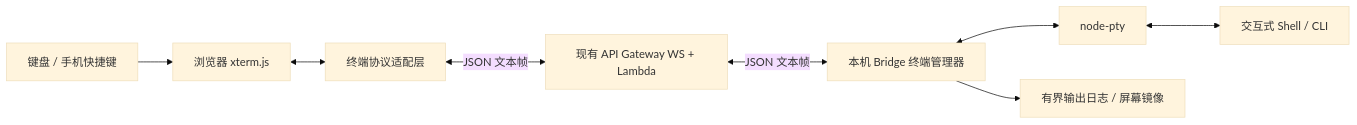
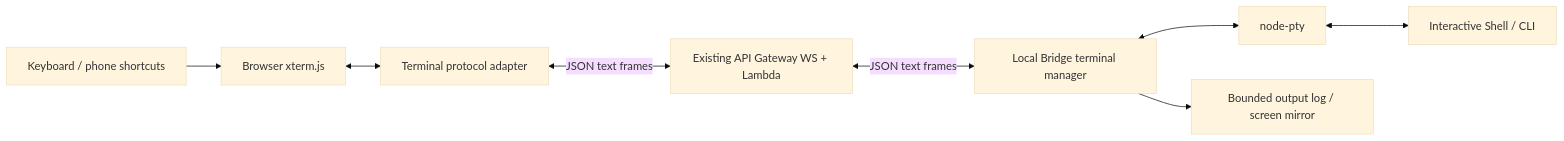
Before and after one commit to zhu-xiaowei/Baton: the diagram in docs/terminal-xterm.md, drawn with Mermaid (base theme). The commit also changed other lines of this file and 52 other files, not shown here.

````diff
--- a/docs/terminal-xterm.md
+++ b/docs/terminal-xterm.md
@@ -110,10 +110,10 @@
 ```mermaid
 flowchart LR
-    User[键盘 / 手机快捷键] --> Xterm[浏览器 xterm.js]
-    Xterm <--> Client[终端协议适配层]
-    Client <-->|JSON 文本帧| API[现有 API Gateway WS + Lambda]
-    API <-->|JSON 文本帧| Bridge[本机 Bridge 终端管理器]
+    User[Keyboard / phone shortcuts] --> Xterm[Browser xterm.js]
+    Xterm <--> Client[Terminal protocol adapter]
+    Client <-->|JSON text frames| API[Existing API Gateway WS + Lambda]
+    API <-->|JSON text frames| Bridge[Local Bridge terminal manager]
     Bridge <--> PTY[node-pty]
-    PTY <--> Shell[交互式 Shell / CLI]
-    Bridge --> Mirror[有界输出日志 / 屏幕镜像]
+    PTY <--> Shell[Interactive Shell / CLI]
+    Bridge --> Mirror[Bounded output log / screen mirror]
 ```
````
